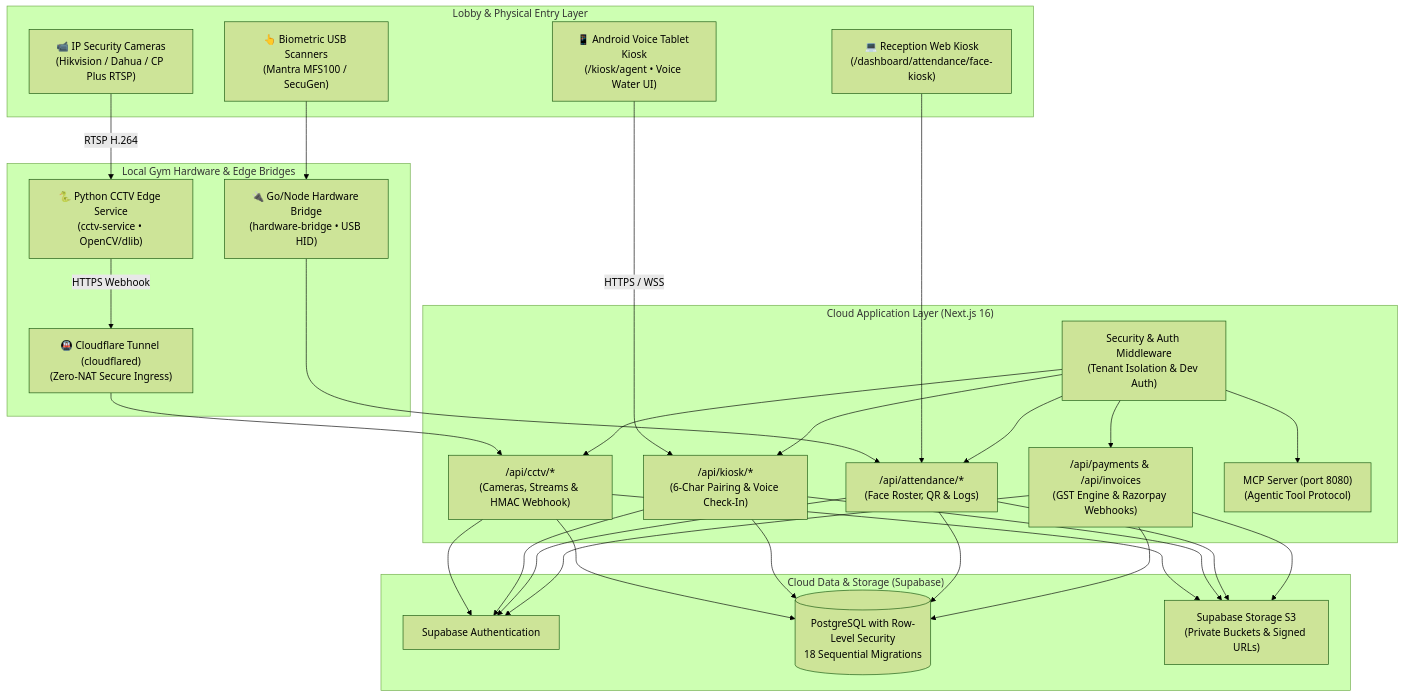
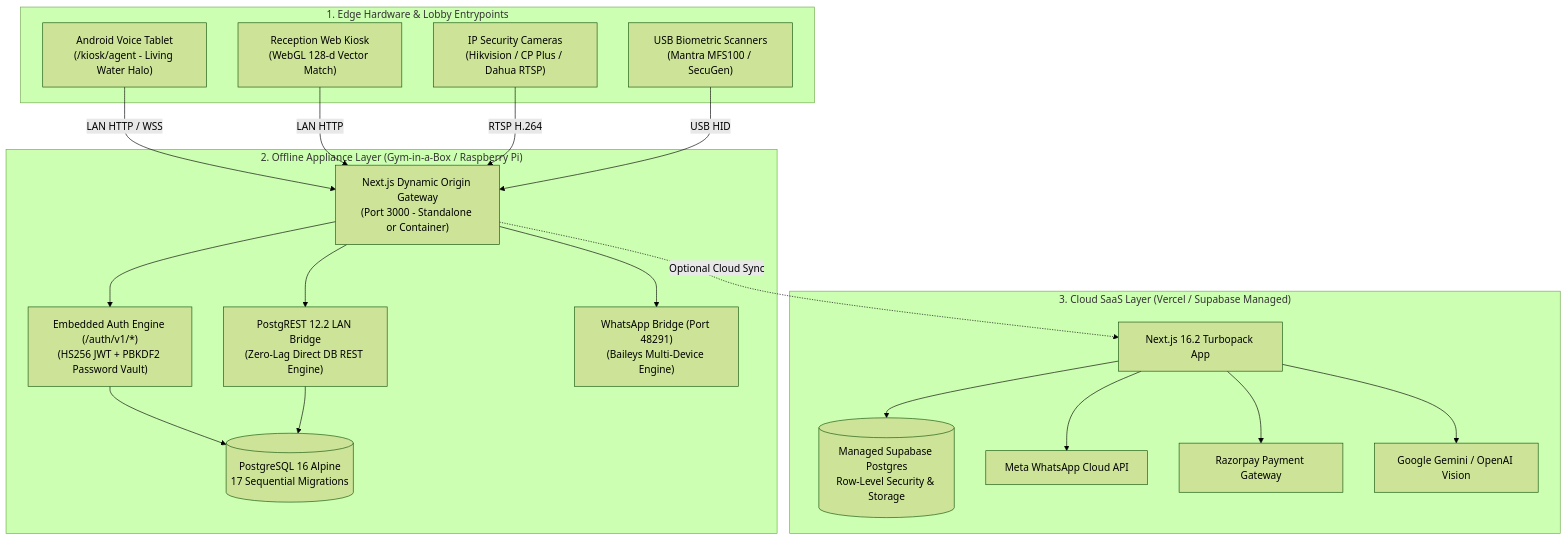
The diagram in README.md (prashantb2400/GYM-ERP-2), drawn with Mermaid (forest theme) before and after one commit. The commit also changed other lines of this file and 3 other files, not shown here.

Commit message:
docs(readme): redesign with graphical visual tour, offline appliance architecture, and showcase gallery

````diff
--- a/README.md
+++ b/README.md
@@ -57,41 +124,42 @@
 ```mermaid
 flowchart TB
-    subgraph Kiosks["Lobby & Physical Entry Layer"]
-        TabletKiosk["📱 Android Voice Tablet Kiosk<br/>(/kiosk/agent • Voice Water UI)"]
-        WebKiosk["💻 Reception Web Kiosk<br/>(/dashboard/attendance/face-kiosk)"]
-        CCTVCams["📹 IP Security Cameras<br/>(Hikvision / Dahua / CP Plus RTSP)"]
-        BioUSB["👆 Biometric USB Scanners<br/>(Mantra MFS100 / SecuGen)"]
+    subgraph EdgeHardware["1. Edge Hardware & Lobby Entrypoints"]
+        TabletKiosk["Android Voice Tablet<br/>(/kiosk/agent - Living Water Halo)"]
+        WebFace["Reception Web Kiosk<br/>(WebGL 128-d Vector Match)"]
+        CCTVCams["IP Security Cameras<br/>(Hikvision / CP Plus / Dahua RTSP)"]
+        BioScanners["USB Biometric Scanners<br/>(Mantra MFS100 / SecuGen)"]
     end
 
-    subgraph EdgeServices["Local Gym Hardware & Edge Bridges"]
-        CCTVEdge["🐍 Python CCTV Edge Service<br/>(cctv-service • OpenCV/dlib)"]
-        HWBridge["🔌 Go/Node Hardware Bridge<br/>(hardware-bridge • USB HID)"]
-        CFTunnel["🚇 Cloudflare Tunnel (cloudflared)<br/>(Zero-NAT Secure Ingress)"]
+    subgraph ApplianceLayer["2. Offline Appliance Layer (Gym-in-a-Box / Raspberry Pi)"]
+        NextProxy["Next.js Dynamic Origin Gateway<br/>(Port 3000 - Standalone or Container)"]
+        LocalAuth["Embedded Auth Engine (/auth/v1/*)<br/>(HS256 JWT + PBKDF2 Password Vault)"]
+        LocalPGRST["PostgREST 12.2 LAN Bridge<br/>(Zero-Lag Direct DB REST Engine)"]
+        LocalPG[("PostgreSQL 16 Alpine<br/>17 Sequential Migrations")]
+        WABridge["WhatsApp Bridge (Port 48291)<br/>(Baileys Multi-Device Engine)"]
     end
 
-    subgraph CloudApp["Cloud Application Layer (Next.js 16)"]
-        Middleware["Security & Auth Middleware<br/>(Tenant Isolation & Dev Auth)"]
-        CCTVAPI["/api/cctv/*<br/>(Cameras, Streams & HMAC Webhook)"]
-        KioskAPI["/api/kiosk/*<br/>(6-Char Pairing & Voice Check-In)"]
-        AttendAPI["/api/attendance/*<br/>(Face Roster, QR & Logs)"]
-        BillingAPI["/api/payments & /api/invoices<br/>(GST Engine & Razorpay Webhooks)"]
-        MCPServer["MCP Server (port 8080)<br/>(Agentic Tool Protocol)"]
+    subgraph CloudLayer["3. Cloud SaaS Layer (Vercel / Supabase Managed)"]
+        CloudNext["Next.js 16.2 Turbopack App"]
+        CloudSupabase[("Managed Supabase Postgres<br/>Row-Level Security & Storage")]
+        CloudMeta["Meta WhatsApp Cloud API"]
+        CloudRazorpay["Razorpay Payment Gateway"]
+        CloudLLM["Google Gemini / OpenAI Vision"]
     end
 
-    subgraph DatabaseCloud["Cloud Data & Storage (Supabase)"]
-        SupaAuth["Supabase Authentication"]
-        SupaDB[("PostgreSQL with Row-Level Security<br/>18 Sequential Migrations")]
-        SupaStorage["Supabase Storage S3<br/>(Private Buckets & Signed URLs)"]
-    end
+    TabletKiosk -->|LAN HTTP / WSS| NextProxy
+    WebFace -->|LAN HTTP| NextProxy
+    CCTVCams -->|RTSP H.264| NextProxy
+    BioScanners -->|USB HID| NextProxy
 
-    CCTVCams -->|RTSP H.264| CCTVEdge
-    CCTVEdge -->|HTTPS Webhook| CFTunnel
-    CFTunnel --> CCTVAPI
-    TabletKiosk -->|HTTPS / WSS| KioskAPI
-    BioUSB --> HWBridge
-    HWBridge --> AttendAPI
-    WebKiosk --> AttendAPI
+    NextProxy --> LocalAuth
+    NextProxy --> LocalPGRST
+    LocalAuth --> LocalPG
+    LocalPGRST --> LocalPG
+    NextProxy --> WABridge
 
-    Middleware --> CCTVAPI & KioskAPI & AttendAPI & BillingAPI & MCPServer
-    CCTVAPI & KioskAPI & AttendAPI & BillingAPI --> SupaAuth & SupaDB & SupaStorage
+    NextProxy -.->|Optional Cloud Sync| CloudNext
+    CloudNext --> CloudSupabase
+    CloudNext --> CloudMeta
+    CloudNext --> CloudRazorpay
+    CloudNext --> CloudLLM
 ```
````
